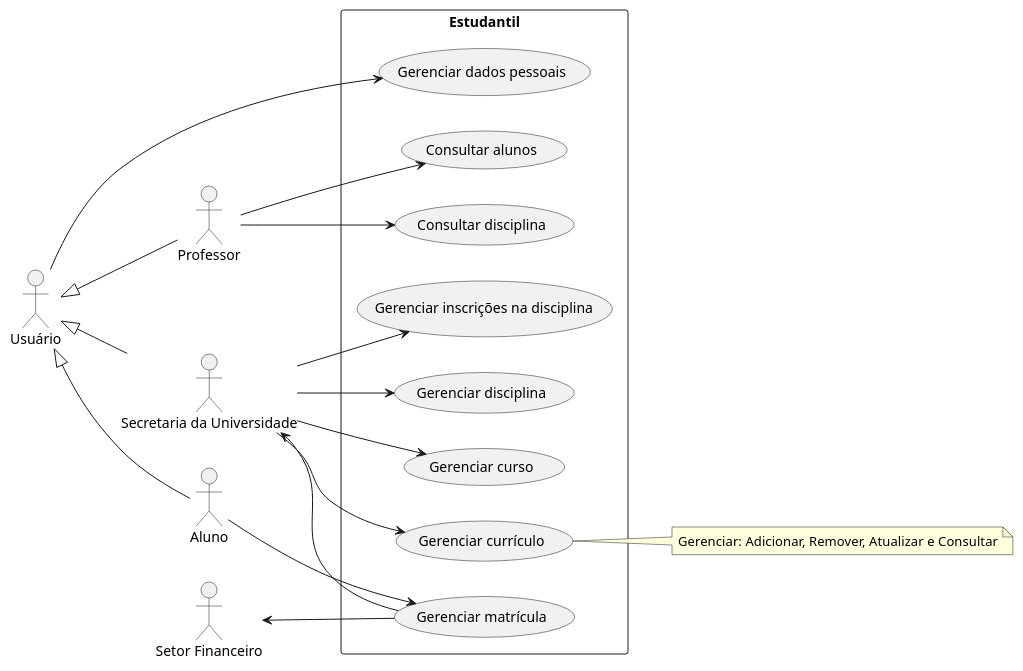
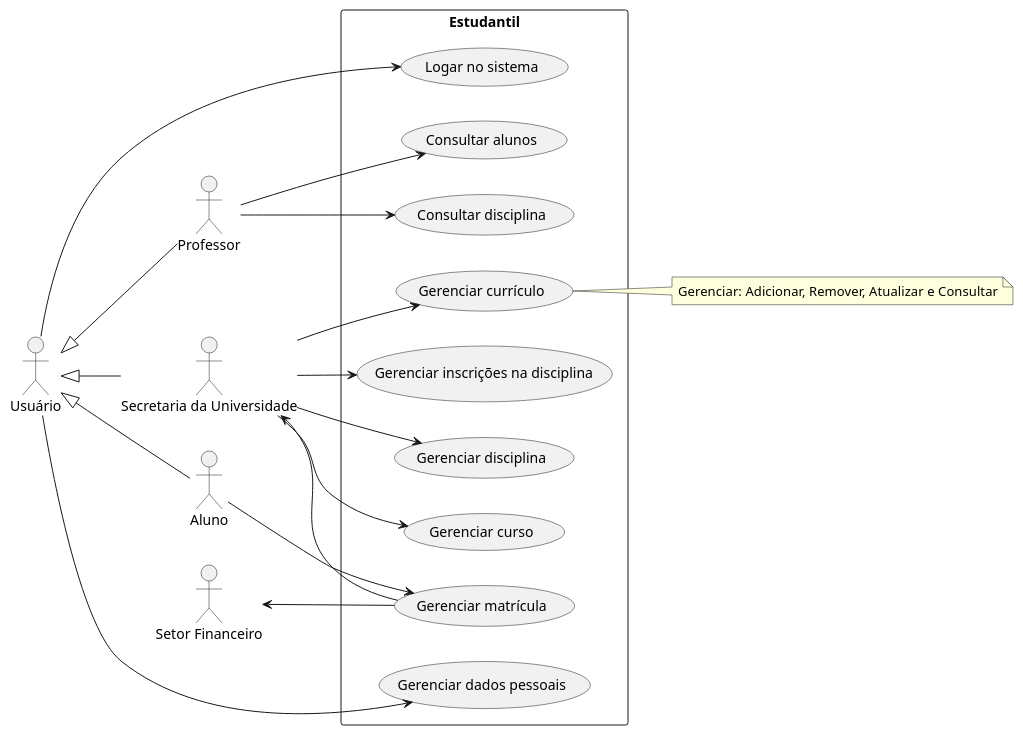
One commit to migueltico2/laboratorio-de-desenvolvimento-de-software changed the diagram in projeto 1/project/useCaseDiagram.plantuml. Above: the diagram before and after it, drawn with PlantUML. The commit also changed 1 other file, not shown here.

```diff
--- a/projeto 1/project/useCaseDiagram.plantuml
+++ b/projeto 1/project/useCaseDiagram.plantuml
@@ -1,44 +1,46 @@
 @startuml
 
 left to right direction
 
 actor "Usuário" as User
 actor Aluno as A
 actor Professor as P
 actor "Secretaria da Universidade" as SU
 actor "Setor Financeiro" as F
 
 rectangle Estudantil {
 usecase "Gerenciar currículo" as UC1
 usecase "Gerenciar matrícula" as UC2
 usecase "Consultar disciplina" as UC3
 usecase "Gerenciar disciplina" as UC4
 usecase "Gerenciar curso" as UC5
 usecase "Gerenciar inscrições na disciplina" as UC6
 usecase "Consultar alunos" as UC7
 usecase "Gerenciar dados pessoais" as UC8
+usecase "Logar no sistema" as UC9
 }
 
 User <|-- A
 User <|-- P
 User <|-- SU
 
 User --> UC8
+User --> UC9
 
 SU --> UC1
 SU --> UC4
 SU --> UC5
 SU --> UC6
 
 A --> UC2
 SU <-- UC2
 F <-- UC2
 
 P --> UC7
 P --> UC3
 
 note right of UC1
     Gerenciar: Adicionar, Remover, Atualizar e Consultar
 end note
 
 @enduml
```
